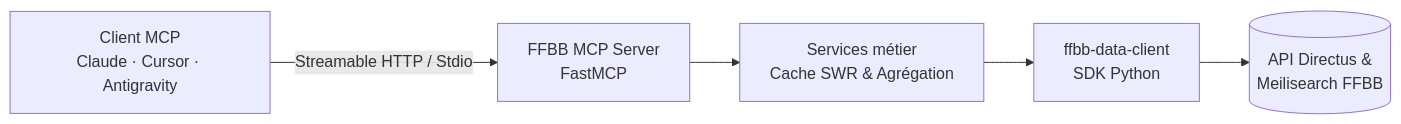
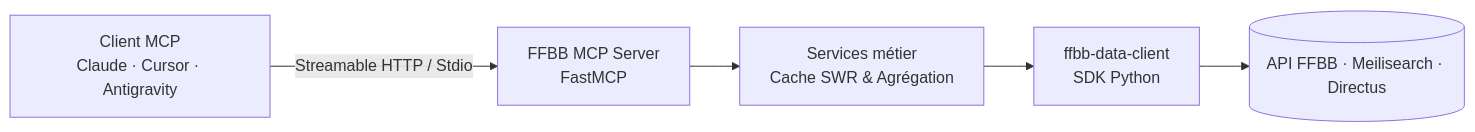
The diagram in README.md (nickdesi/FFBB-MCP-Server), drawn with Mermaid before and after one commit. The commit also changed other lines of this file and 6 other files, not shown here.

````diff
--- a/README.md
+++ b/README.md
@@ -180,7 +180,7 @@
 ```mermaid
 flowchart LR
     A[Client MCP<br/>Claude · Cursor · Antigravity] -->|Streamable HTTP / Stdio| B[FFBB MCP Server<br/>FastMCP]
     B --> C[Services métier<br/>Cache SWR & Agrégation]
     C --> D[ffbb-data-client<br/>SDK Python]
-    D --> E[(API Directus &<br/>Meilisearch FFBB)]
+    D --> E[(API FFBB · Meilisearch · Directus)]
 ```
````
